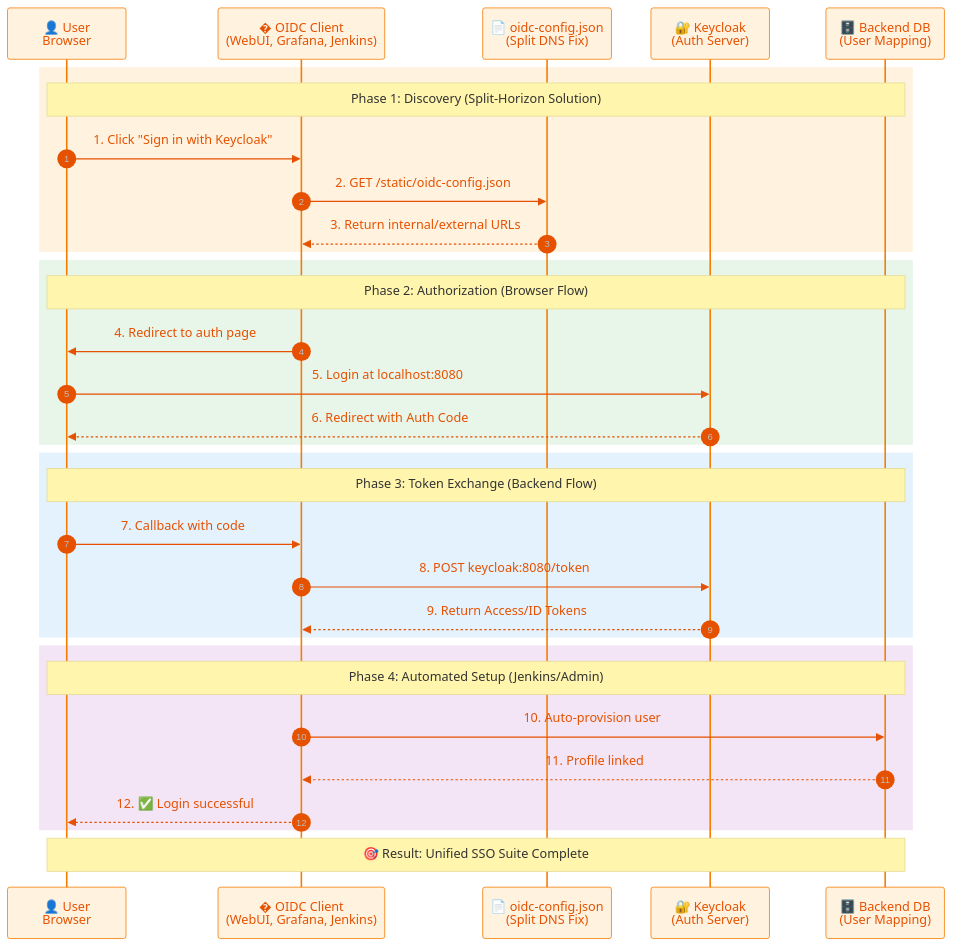
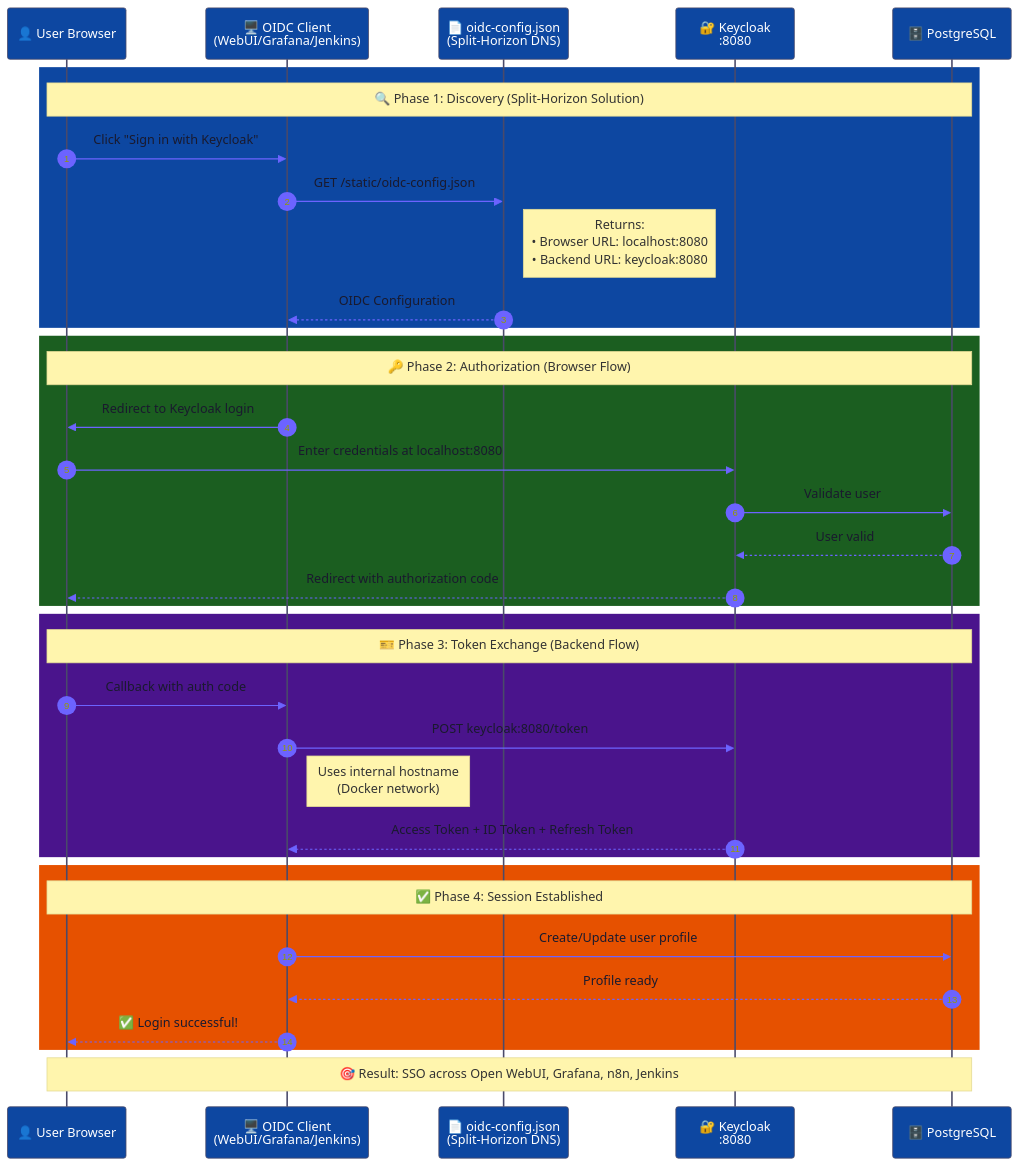
The diagram in diagrams_mmd/oidc_authentication_flow.mmd (emujicad/my-selfhosted-ai-kit), drawn with Mermaid before and after one commit. The commit also changed 23 other files, not shown here.

First line of the commit message:
docs(diagrams): regenerate PNGs with documented parameters and improve instructions

```diff
--- a/diagrams_mmd/oidc_authentication_flow.mmd
+++ b/diagrams_mmd/oidc_authentication_flow.mmd
@@ -1,39 +1,43 @@
-%%{init: {'theme':'base', 'themeVariables': { 'primaryColor':'#fff3e0', 'primaryTextColor':'#e65100', 'primaryBorderColor':'#f57c00', 'lineColor':'#424242', 'fontSize':'16px'}}}%%
+%%{init: {'theme':'base', 'themeVariables': { 'primaryColor':'#1a1a2e', 'primaryTextColor':'#eaeaea', 'primaryBorderColor':'#4a4a6a', 'lineColor':'#6c63ff', 'fontSize':'13px', 'fontFamily':'Inter, Segoe UI, sans-serif', 'actorTextColor':'#fff', 'actorBkg':'#0d47a1', 'signalColor':'#6c63ff', 'signalTextColor':'#1a1a2e'}}}%%
 sequenceDiagram
     autonumber
     
-    participant User as 👤 User<br/>Browser
-    participant Client as �️ OIDC Client<br/>(WebUI, Grafana, Jenkins)
-    participant FakeDisc as 📄 oidc-config.json<br/>(Split DNS Fix)
-    participant Keycloak as 🔐 Keycloak<br/>(Auth Server)
-    participant Data as 🗄️ Backend DB<br/>(User Mapping)
+    participant User as 👤 User Browser
+    participant Client as 🖥️ OIDC Client<br/>(WebUI/Grafana/Jenkins)
+    participant Static as 📄 oidc-config.json<br/>(Split-Horizon DNS)
+    participant Keycloak as 🔐 Keycloak<br/>:8080
+    participant DB as 🗄️ PostgreSQL
     
-    rect rgb(255, 243, 224)
-    Note over User,Data: Phase 1: Discovery (Split-Horizon Solution)
-    User->>Client: 1. Click "Sign in with Keycloak"
-    Client->>FakeDisc: 2. GET /static/oidc-config.json
-    FakeDisc-->>Client: 3. Return internal/external URLs
+    rect rgb(13, 71, 161)
+    Note over User,DB: 🔍 Phase 1: Discovery (Split-Horizon Solution)
+    User->>Client: Click "Sign in with Keycloak"
+    Client->>Static: GET /static/oidc-config.json
+    Note right of Static: Returns:<br/>• Browser URL: localhost:8080<br/>• Backend URL: keycloak:8080
+    Static-->>Client: OIDC Configuration
     end
     
-    rect rgb(232, 245, 233)
-    Note over User,Data: Phase 2: Authorization (Browser Flow)
-    Client->>User: 4. Redirect to auth page
-    User->>Keycloak: 5. Login at localhost:8080
-    Keycloak-->>User: 6. Redirect with Auth Code
+    rect rgb(27, 94, 32)
+    Note over User,DB: 🔑 Phase 2: Authorization (Browser Flow)
+    Client->>User: Redirect to Keycloak login
+    User->>Keycloak: Enter credentials at localhost:8080
+    Keycloak->>DB: Validate user
+    DB-->>Keycloak: User valid
+    Keycloak-->>User: Redirect with authorization code
     end
     
-    rect rgb(227, 242, 253)
-    Note over User,Data: Phase 3: Token Exchange (Backend Flow)
-    User->>Client: 7. Callback with code
-    Client->>Keycloak: 8. POST keycloak:8080/token
-    Keycloak-->>Client: 9. Return Access/ID Tokens
+    rect rgb(74, 20, 140)
+    Note over User,DB: 🎫 Phase 3: Token Exchange (Backend Flow)
+    User->>Client: Callback with auth code
+    Client->>Keycloak: POST keycloak:8080/token
+    Note right of Client: Uses internal hostname<br/>(Docker network)
+    Keycloak-->>Client: Access Token + ID Token + Refresh Token
     end
     
-    rect rgb(243, 229, 245)
-    Note over User,Data: Phase 4: Automated Setup (Jenkins/Admin)
-    Client->>Data: 10. Auto-provision user
-    Data-->>Client: 11. Profile linked
-    Client-->>User: 12. ✅ Login successful
+    rect rgb(230, 81, 0)
+    Note over User,DB: ✅ Phase 4: Session Established
+    Client->>DB: Create/Update user profile
+    DB-->>Client: Profile ready
+    Client-->>User: ✅ Login successful!
     end
     
-    Note over User,Data: 🎯 Result: Unified SSO Suite Complete
+    Note over User,DB: 🎯 Result: SSO across Open WebUI, Grafana, n8n, Jenkins
```
